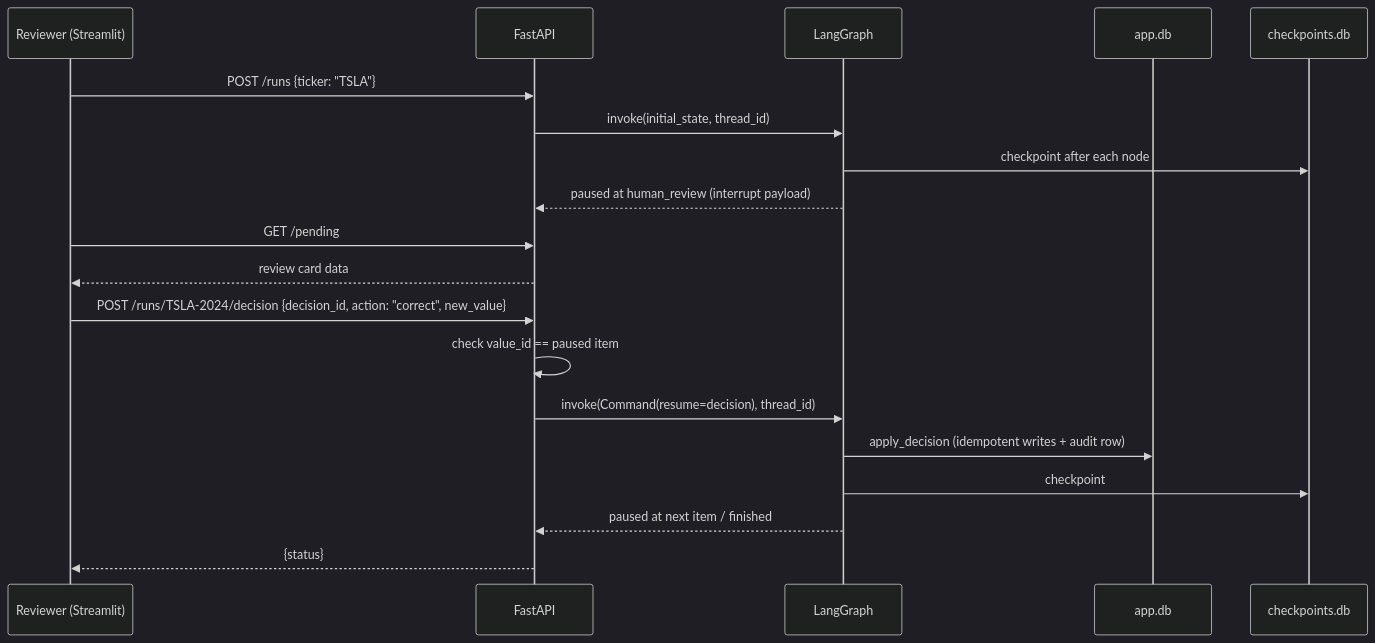
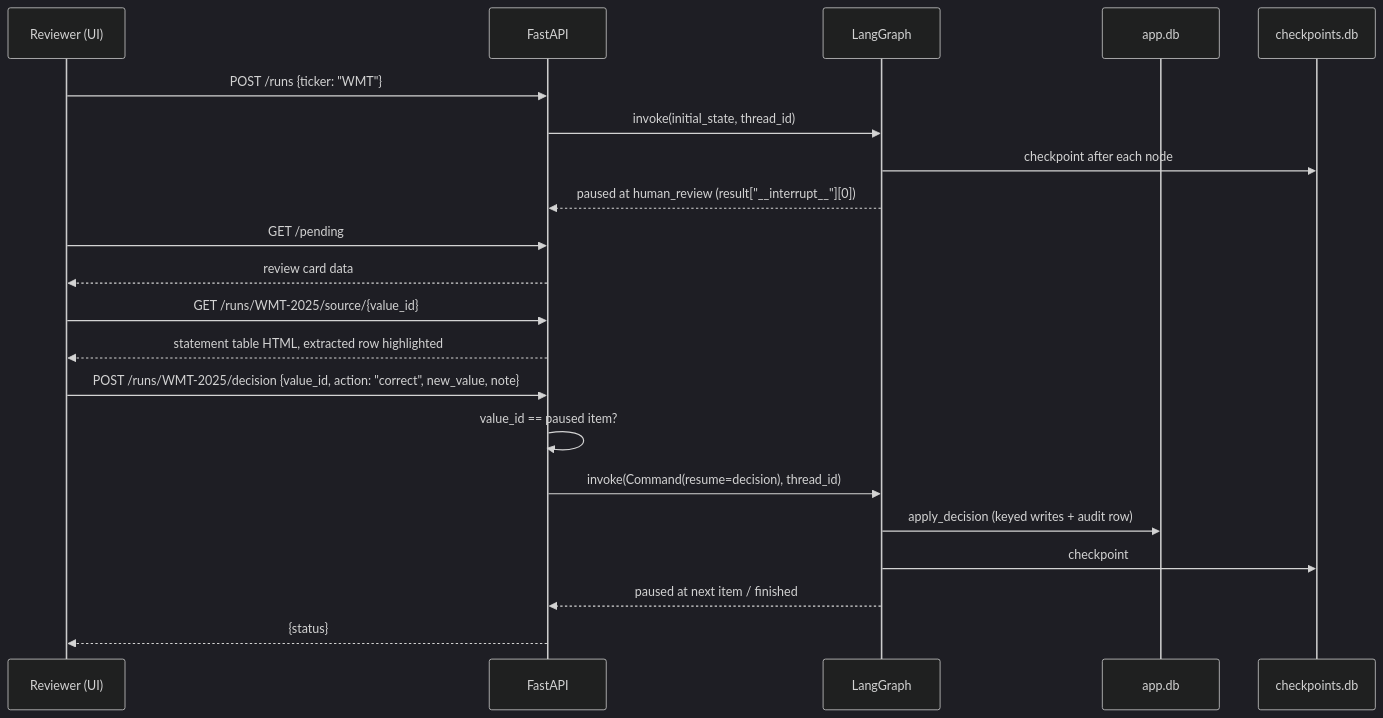
One commit to Srujanmirji/MINEARENA changed the third of 3 diagrams in docs/ARCHITECTURE.md. Above: the diagram before and after it, drawn with Mermaid (dark theme). The commit also changed other lines of this file and 11 other files, not shown here.

````diff
--- a/docs/ARCHITECTURE.md
+++ b/docs/ARCHITECTURE.md
@@ -140,22 +144,24 @@
 ```mermaid
 sequenceDiagram
-    participant R as Reviewer (Streamlit)
+    participant R as Reviewer (UI)
     participant A as FastAPI
     participant G as LangGraph
     participant D as app.db
     participant C as checkpoints.db
 
-    R->>A: POST /runs {ticker: "TSLA"}
+    R->>A: POST /runs {ticker: "WMT"}
     A->>G: invoke(initial_state, thread_id)
     G->>C: checkpoint after each node
-    G-->>A: paused at human_review (interrupt payload)
+    G-->>A: paused at human_review (result["__interrupt__"][0])
     R->>A: GET /pending
     A-->>R: review card data
-    R->>A: POST /runs/TSLA-2024/decision {decision_id, action: "correct", new_value}
-    A->>A: check value_id == paused item
+    R->>A: GET /runs/WMT-2025/source/{value_id}
+    A-->>R: statement table HTML, extracted row highlighted
+    R->>A: POST /runs/WMT-2025/decision {value_id, action: "correct", new_value, note}
+    A->>A: value_id == paused item?
     A->>G: invoke(Command(resume=decision), thread_id)
-    G->>D: apply_decision (idempotent writes + audit row)
+    G->>D: apply_decision (keyed writes + audit row)
     G->>C: checkpoint
     G-->>A: paused at next item / finished
     A-->>R: {status}
 ```
````
